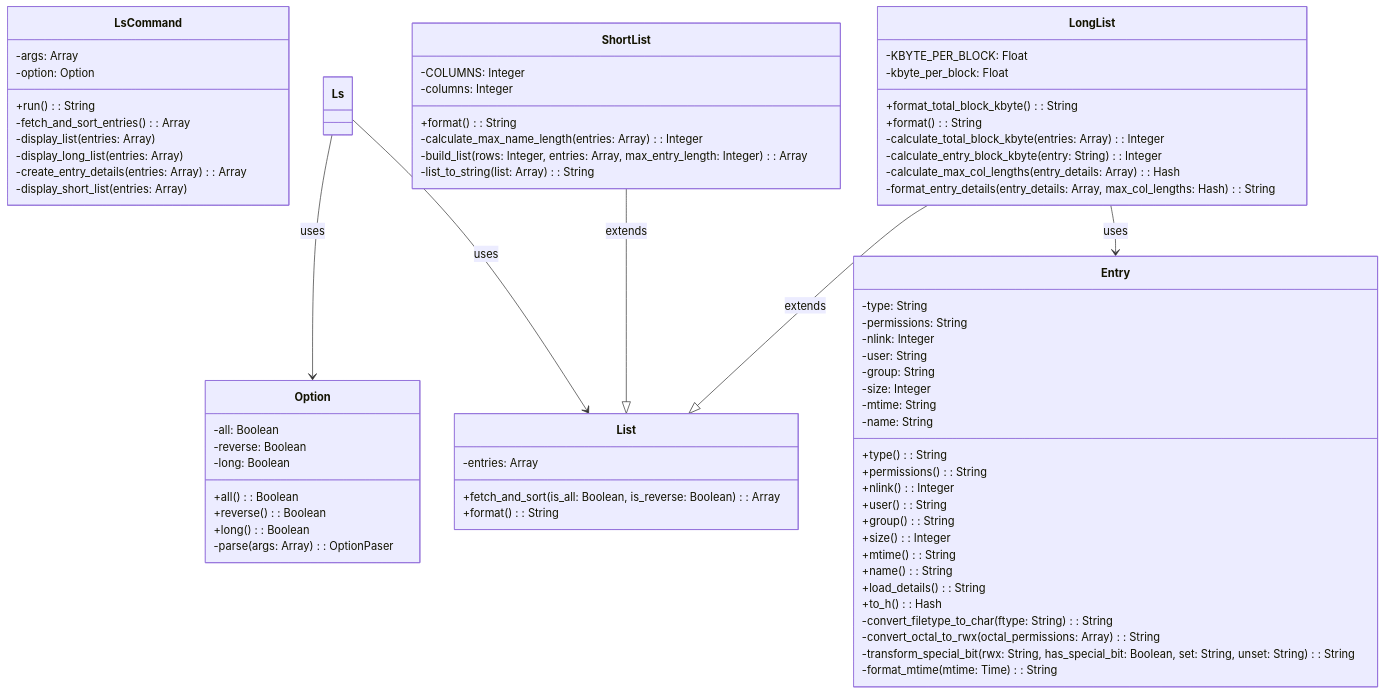
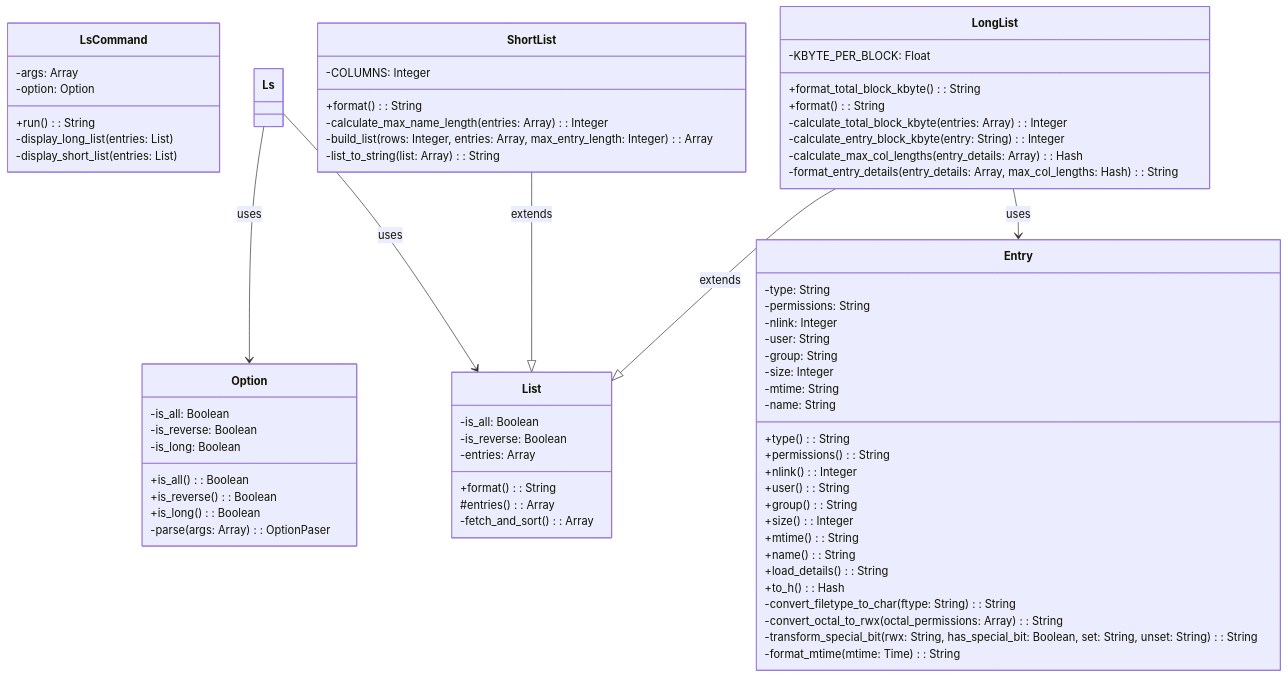
One commit to takao0206/ruby-practices changed the diagram in 07.ls_object/ls.md. Above: the diagram before and after it, drawn with Mermaid. The commit also changed 4 other files, not shown here.

````diff
--- a/07.ls_object/ls.md
+++ b/07.ls_object/ls.md
@@ -1,74 +1,72 @@
 ```mermaid
 classDiagram
     class LsCommand {
         -args: Array
         -option: Option
         +run(): String
-        -fetch_and_sort_entries(): Array
-        -display_list(entries: Array)
-        -display_long_list(entries: Array)
-        -create_entry_details(entries: Array): Array
-        -display_short_list(entries: Array)
+        -display_long_list(entries: List)
+        -display_short_list(entries: List)
     }
     class Option {
-        -all: Boolean
-        -reverse: Boolean
-        -long: Boolean
-        +all(): Boolean
-        +reverse(): Boolean
-        +long(): Boolean
+        -is_all: Boolean
+        -is_reverse: Boolean
+        -is_long: Boolean
+        +is_all(): Boolean
+        +is_reverse(): Boolean
+        +is_long(): Boolean
         -parse(args: Array): OptionPaser
     }
     class List {
+        -is_all: Boolean
+        -is_reverse: Boolean
         -entries: Array
-        +fetch_and_sort(is_all: Boolean, is_reverse: Boolean): Array
         +format(): String
+        #entries(): Array
+        -fetch_and_sort(): Array
     }
     class ShortList {
         -COLUMNS: Integer
-        -columns: Integer
         +format(): String
         -calculate_max_name_length(entries: Array): Integer
         -build_list(rows: Integer, entries: Array, max_entry_length: Integer): Array
         -list_to_string(list: Array): String
     }
     class LongList {
         -KBYTE_PER_BLOCK: Float
-        -kbyte_per_block: Float
         +format_total_block_kbyte(): String
         +format(): String
         -calculate_total_block_kbyte(entries: Array): Integer
         -calculate_entry_block_kbyte(entry: String): Integer
         -calculate_max_col_lengths(entry_details: Array): Hash
         -format_entry_details(entry_details: Array, max_col_lengths: Hash): String
     }
     class Entry {
         -type: String
         -permissions: String
         -nlink: Integer
         -user: String
         -group: String
         -size: Integer
         -mtime: String
         -name: String
         +type(): String
         +permissions(): String
         +nlink(): Integer
         +user(): String
         +group(): String
         +size(): Integer
         +mtime(): String
         +name(): String
         +load_details(): String
         +to_h(): Hash
         -convert_filetype_to_char(ftype: String): String
         -convert_octal_to_rwx(octal_permissions: Array): String
         -transform_special_bit(rwx: String, has_special_bit: Boolean, set: String, unset: String): String
         -format_mtime(mtime: Time): String
     }
     Ls --> Option : uses
     Ls --> List : uses
     ShortList --|> List : extends
     LongList --|> List : extends
     LongList --> Entry : uses
 ```
````
